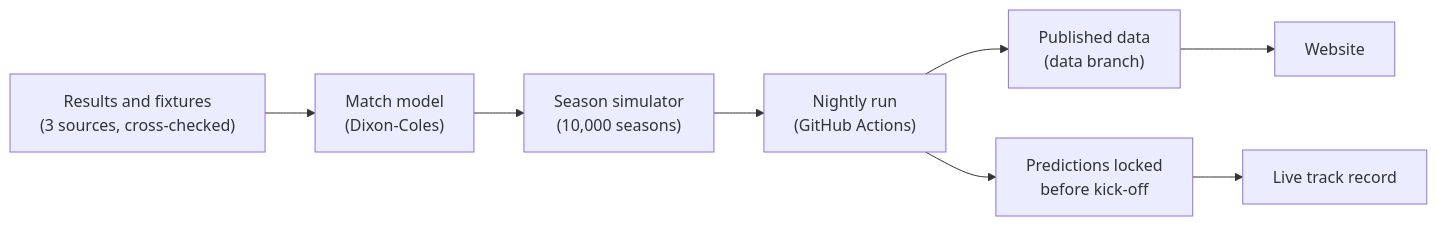
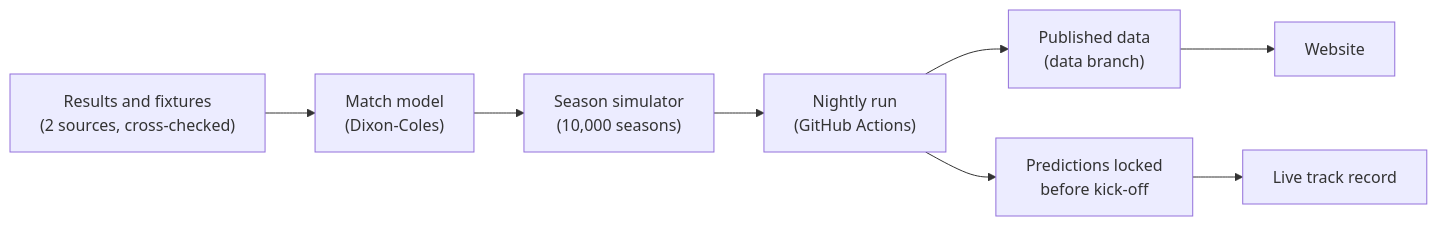
The diagram in README.md (umarjaved204/TableTalk), drawn with Mermaid before and after one commit. The commit also changed 22 other files, not shown here.

````diff
--- a/README.md
+++ b/README.md
@@ -13,10 +13,10 @@
 ```mermaid
 flowchart LR
-    A["Results and fixtures<br/>(3 sources, cross-checked)"] --> B["Match model<br/>(Dixon-Coles)"]
+    A["Results and fixtures<br/>(2 sources, cross-checked)"] --> B["Match model<br/>(Dixon-Coles)"]
     B --> C["Season simulator<br/>(10,000 seasons)"]
     C --> D["Nightly run<br/>(GitHub Actions)"]
     D --> E["Published data<br/>(data branch)"]
     E --> F["Website"]
     D --> G["Predictions locked<br/>before kick-off"]
     G --> H["Live track record"]
 ```
````
